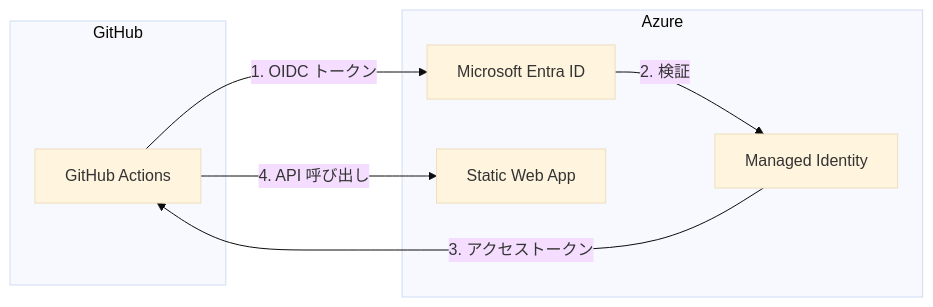
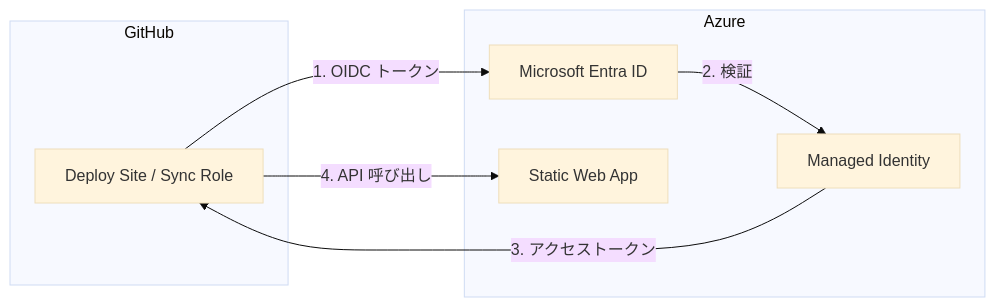
One commit to ssd-mkdocs-platform/ssd-mkdocs-sample changed the fifth of 6 diagrams in docs/アーキテクチャー/deploy-architecture.md. Above: the diagram before and after it, drawn with Mermaid (base theme). The commit also changed other lines of this file and 6 other files, not shown here.

````diff
--- a/docs/アーキテクチャー/deploy-architecture.md
+++ b/docs/アーキテクチャー/deploy-architecture.md
@@ -180,17 +184,17 @@
 ```mermaid
 flowchart LR
     subgraph GitHub
-        Actions["GitHub Actions"]
+        WF["Deploy Site / Sync Role"]
     end
 
     subgraph Azure
         Entra["Microsoft Entra ID"]
         MI["Managed Identity"]
         SWA["Static Web App"]
     end
 
-    Actions -->|1. OIDC トークン| Entra
+    WF -->|1. OIDC トークン| Entra
     Entra -->|2. 検証| MI
-    MI -->|3. アクセストークン| Actions
-    Actions -->|4. API 呼び出し| SWA
+    MI -->|3. アクセストークン| WF
+    WF -->|4. API 呼び出し| SWA
 ```
````
